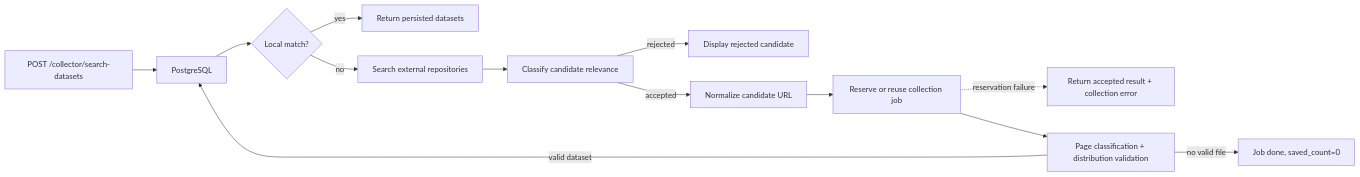
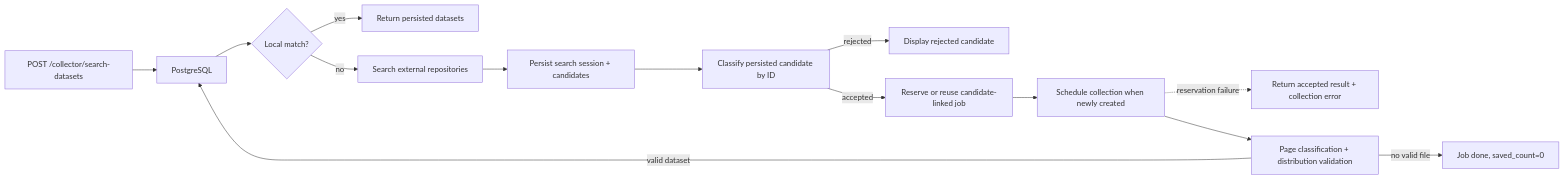
The second of 4 diagrams in docs/technical-design-document.md (nicolasberlin/global-health-dataset-catalog), drawn with Mermaid before and after one commit. The commit also changed other lines of this file and 37 other files, not shown here.

````diff
--- a/docs/technical-design-document.md
+++ b/docs/technical-design-document.md
@@ -112,15 +129,16 @@
 ```mermaid
 flowchart LR
     Search["POST /collector/search-datasets"] --> PostgreSQL
     PostgreSQL --> Match{"Local match?"}
     Match -->|yes| Local["Return persisted datasets"]
     Match -->|no| External["Search external repositories"]
-    External --> RepoClassify["Classify candidate relevance"]
+    External --> PersistCandidate["Persist search session + candidates"]
+    PersistCandidate --> RepoClassify["Classify persisted candidate by ID"]
     RepoClassify -->|rejected| Display["Display rejected candidate"]
-    RepoClassify -->|accepted| NormalizeURL["Normalize candidate URL"]
-    NormalizeURL --> Reserve["Reserve or reuse collection job"]
+    RepoClassify -->|accepted| CandidateJob["Reserve or reuse candidate-linked job"]
+    CandidateJob --> Reserve["Schedule collection when newly created"]
     Reserve -. reservation failure .-> ScheduleError["Return accepted result + collection error"]
     Reserve --> Validation["Page classification + distribution validation"]
     Validation -->|valid dataset| PostgreSQL
     Validation -->|no valid file| Empty["Job done, saved_count=0"]
 ```
````
